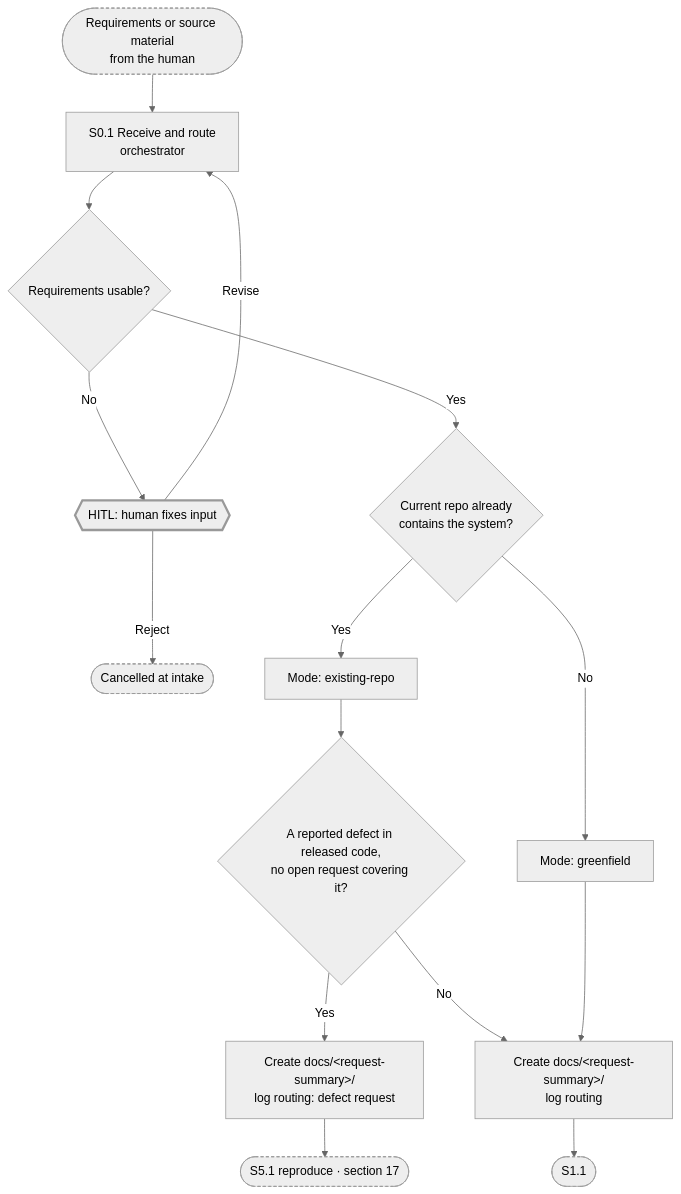
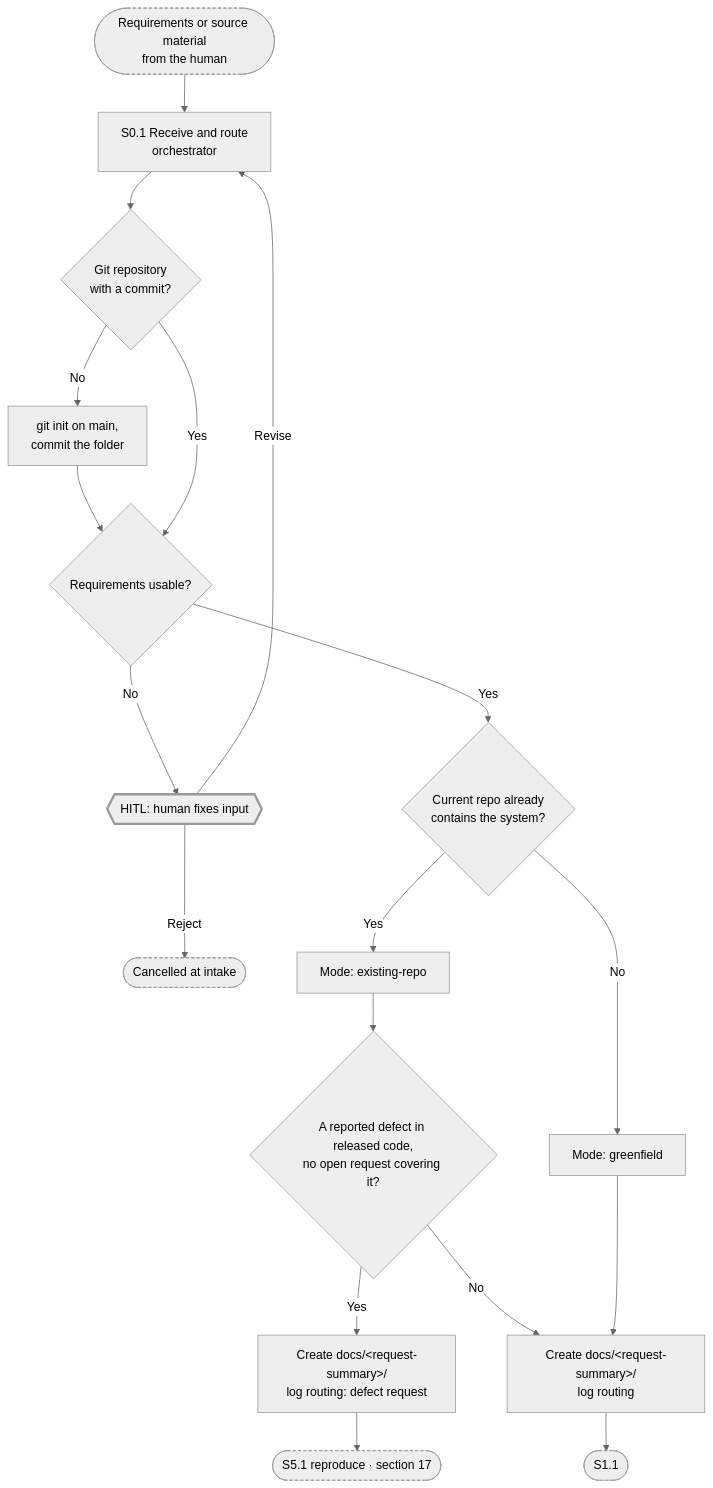
One commit to ddsofttech/oceanflows changed the second of 9 diagrams in .cursor/sdlc/AGENT-SDLC-PLAYBOOK.md. Above: the diagram before and after it, drawn with Mermaid (neutral theme). The commit also changed other lines of this file and 57 other files, not shown here.

````diff
--- a/.cursor/sdlc/AGENT-SDLC-PLAYBOOK.md
+++ b/.cursor/sdlc/AGENT-SDLC-PLAYBOOK.md
@@ -294,19 +307,21 @@
 ```mermaid
 flowchart TD
   in(["Requirements or source material<br/>from the human"]):::ref --> s01["S0.1 Receive and route<br/>orchestrator"]
-  s01 --> ok{"Requirements usable?"}
+  s01 --> git{"Git repository<br/>with a commit?"}
+  git -->|No| init["git init on main,<br/>commit the folder"] --> ok
+  git -->|Yes| ok{"Requirements usable?"}
   ok -->|No| h{{"HITL: human fixes input"}}:::hitl
   h -->|Revise| s01
   h -->|Reject| x(["Cancelled at intake"]):::ref
   ok -->|Yes| mode{"Current repo already<br/>contains the system?"}
   mode -->|Yes| m1["Mode: existing-repo"]
   mode -->|No| m2["Mode: greenfield"]
   m1 --> dq{"A reported defect in released code,<br/>no open request covering it?"}
   dq -->|Yes| logd["Create docs/#lt;request-summary#gt;/<br/>log routing: defect request"]
   logd --> nextd(["S5.1 reproduce · section 17"]):::ref
   dq -->|No| log
   m2 --> log["Create docs/#lt;request-summary#gt;/<br/>log routing"]
   log --> next(["S1.1"]):::ref
   classDef hitl stroke-width:3px
   classDef ref stroke-dasharray:4 3
 ```
````
